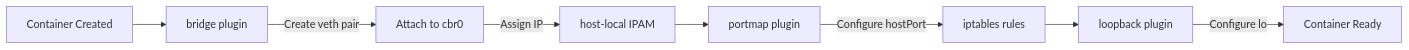
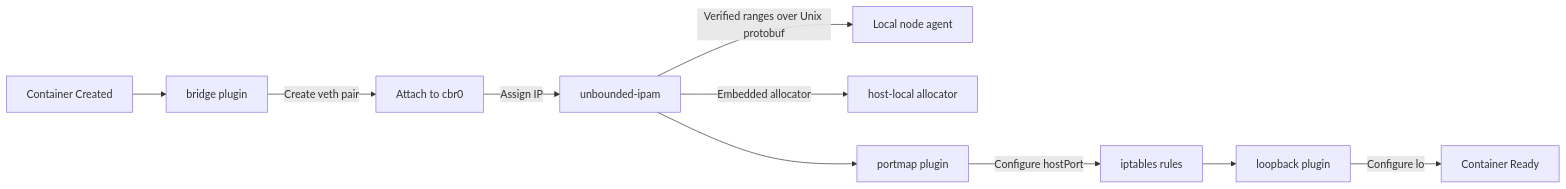
Before and after one commit to Azure/unbounded: the second of 4 diagrams in docs/net/configuration.md, drawn with Mermaid. The commit also changed other lines of this file and 12 other files, not shown here.

First line of the commit message:
Serve startup-verified IPAM from the node agent

````diff
--- a/docs/net/configuration.md
+++ b/docs/net/configuration.md
@@ -718,10 +801,12 @@
 ```mermaid
 flowchart LR
     A[Container Created] --> B[bridge plugin]
     B -->|Create veth pair| C[Attach to cbr0]
-    C -->|Assign IP| D[host-local IPAM]
+    C -->|Assign IP| D[unbounded-ipam]
+    D -->|Verified ranges over Unix protobuf| I[Local node agent]
+    D -->|Embedded allocator| J[host-local allocator]
     D --> E[portmap plugin]
     E -->|Configure hostPort| F[iptables rules]
     F --> G[loopback plugin]
     G -->|Configure lo| H[Container Ready]
 ```
````
